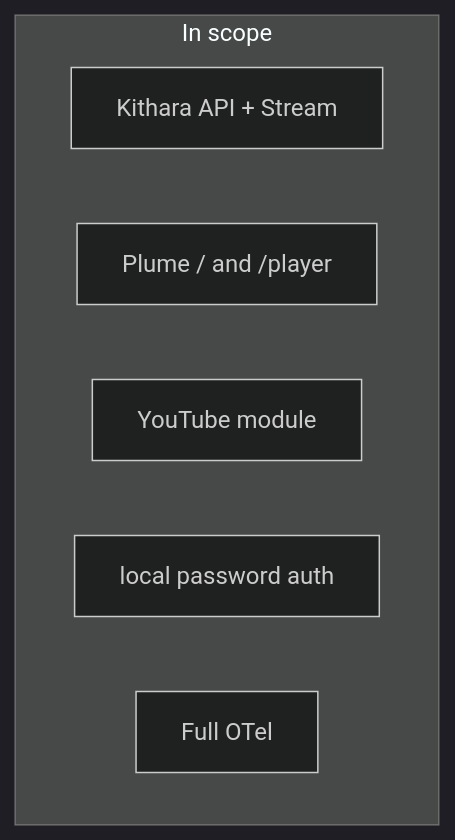
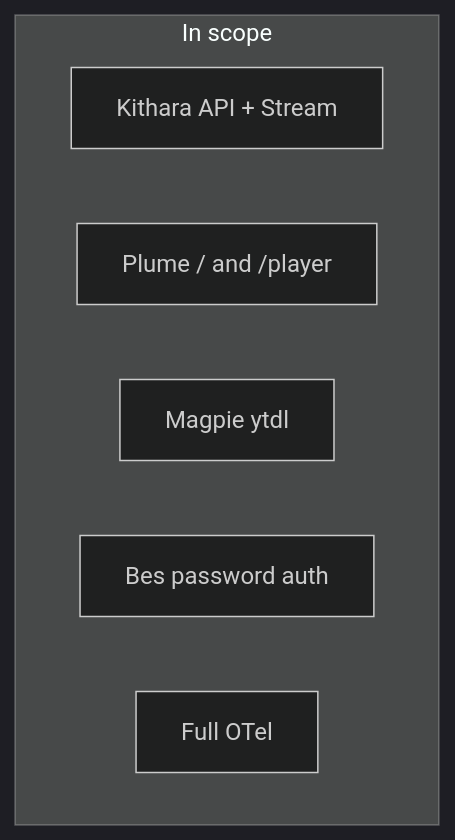
The diagram in docs/architecture/mvp/v0.1-scope.md (Bardie-radio/bardie-kithara), drawn with Mermaid (dark theme) before and after one commit. The commit also changed other lines of this file and 35 other files, not shown here.

````diff
--- a/docs/architecture/mvp/v0.1-scope.md
+++ b/docs/architecture/mvp/v0.1-scope.md
@@ -3,10 +3,10 @@
 ```mermaid
 flowchart TB
   subgraph in_scope [In scope]
     K[Kithara API + Stream]
     P[Plume / and /player]
-    YT[YouTube module]
-    AL[local password auth]
+    Magpie[Magpie ytdl]
+    Bes[Bes password auth]
     OTel[Full OTel]
   end
 ```
````
